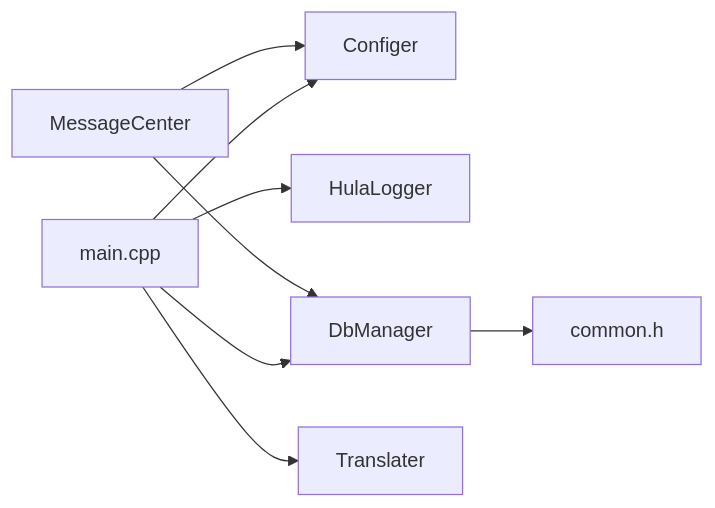
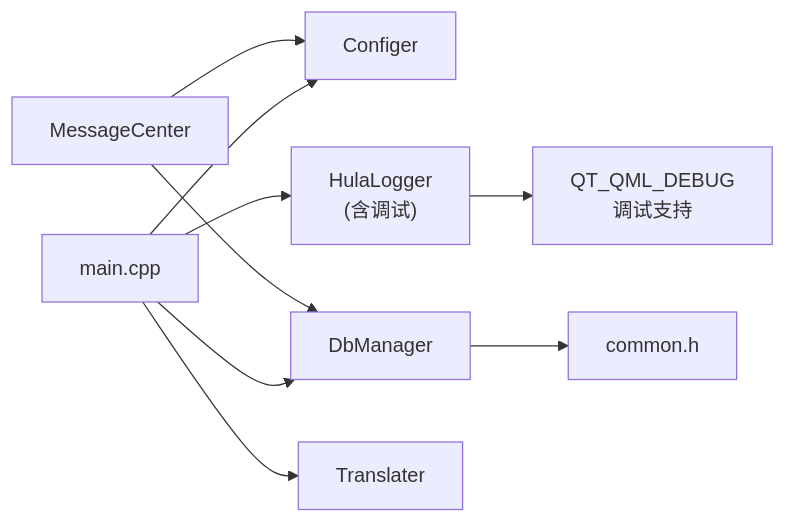
One commit to ihula/QmlPlugins changed the fourth of 4 diagrams in .qoder/repowiki/zh/content/故障排除/故障排除.md. Above: the diagram before and after it, drawn with Mermaid. The commit also changed other lines of this file and 13 other files, not shown here.

````diff
--- a/.qoder/repowiki/zh/content/故障排除/故障排除.md
+++ b/.qoder/repowiki/zh/content/故障排除/故障排除.md
@@ -291,10 +337,11 @@
 ```mermaid
 graph LR
 M["main.cpp"] --> CFG["Configer"]
-M --> LOG["HulaLogger"]
+M --> LOG["HulaLogger<br/>(含调试)"]
 M --> DB["DbManager"]
 M --> TR["Translater"]
 DB --> CMN["common.h"]
 MC["MessageCenter"] --> CFG
 MC --> DB
+LOG --> QDEBUG["QT_QML_DEBUG<br/>调试支持"]
 ```
````
